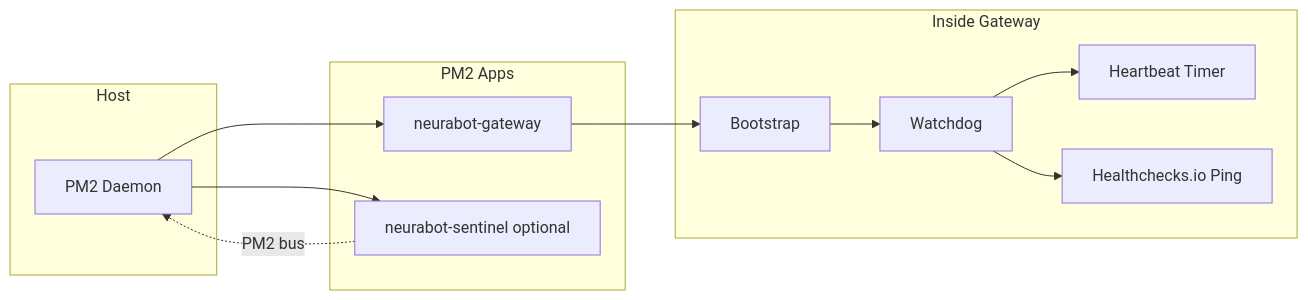
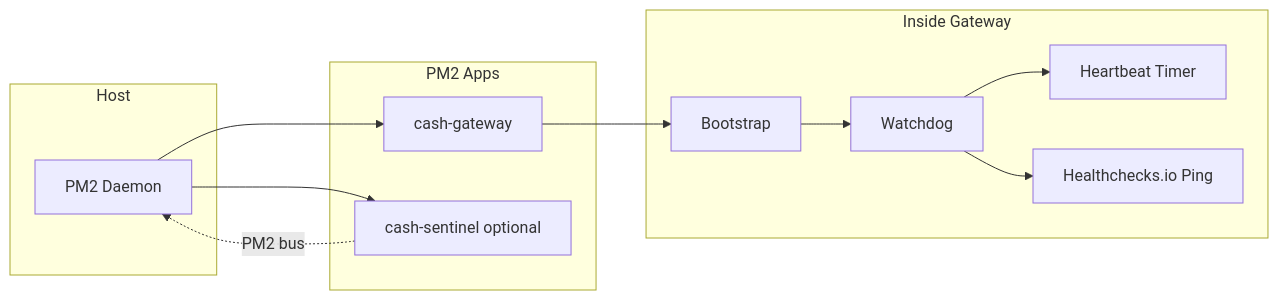
Before and after one commit to Ghostmonday/NEURABOT: the second of 6 diagrams in README.md, drawn with Mermaid. The commit also changed other lines of this file, not shown here.

````diff
--- a/README.md
+++ b/README.md
@@ -457,26 +514,26 @@
 ```mermaid
 flowchart LR
   subgraph host [Host]
     PM2[PM2 Daemon]
   end
 
   subgraph apps [PM2 Apps]
-    Gateway[neurabot-gateway]
-    Sentinel[neurabot-sentinel optional]
+    Gateway[cash-gateway]
+    Sentinel[cash-sentinel optional]
   end
 
   subgraph gateway_internals [Inside Gateway]
     Bootstrap[Bootstrap]
     Watchdog[Watchdog]
     Heartbeat[Heartbeat Timer]
     HealthchecksPing[Healthchecks.io Ping]
   end
 
   PM2 --> Gateway
   PM2 --> Sentinel
   Gateway --> Bootstrap
   Bootstrap --> Watchdog
   Watchdog --> Heartbeat
   Watchdog --> HealthchecksPing
   Sentinel -.->|PM2 bus| PM2
 ```
````
